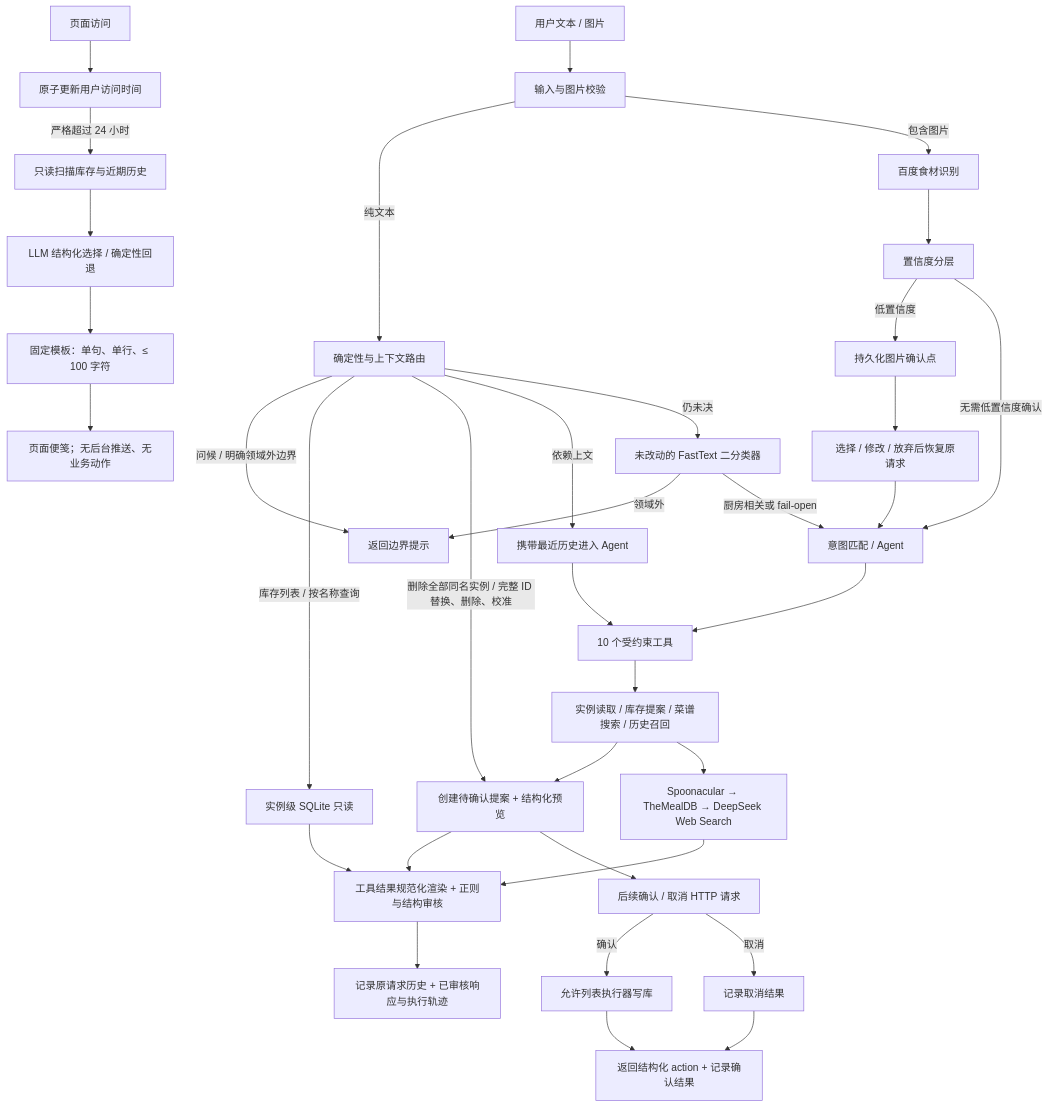
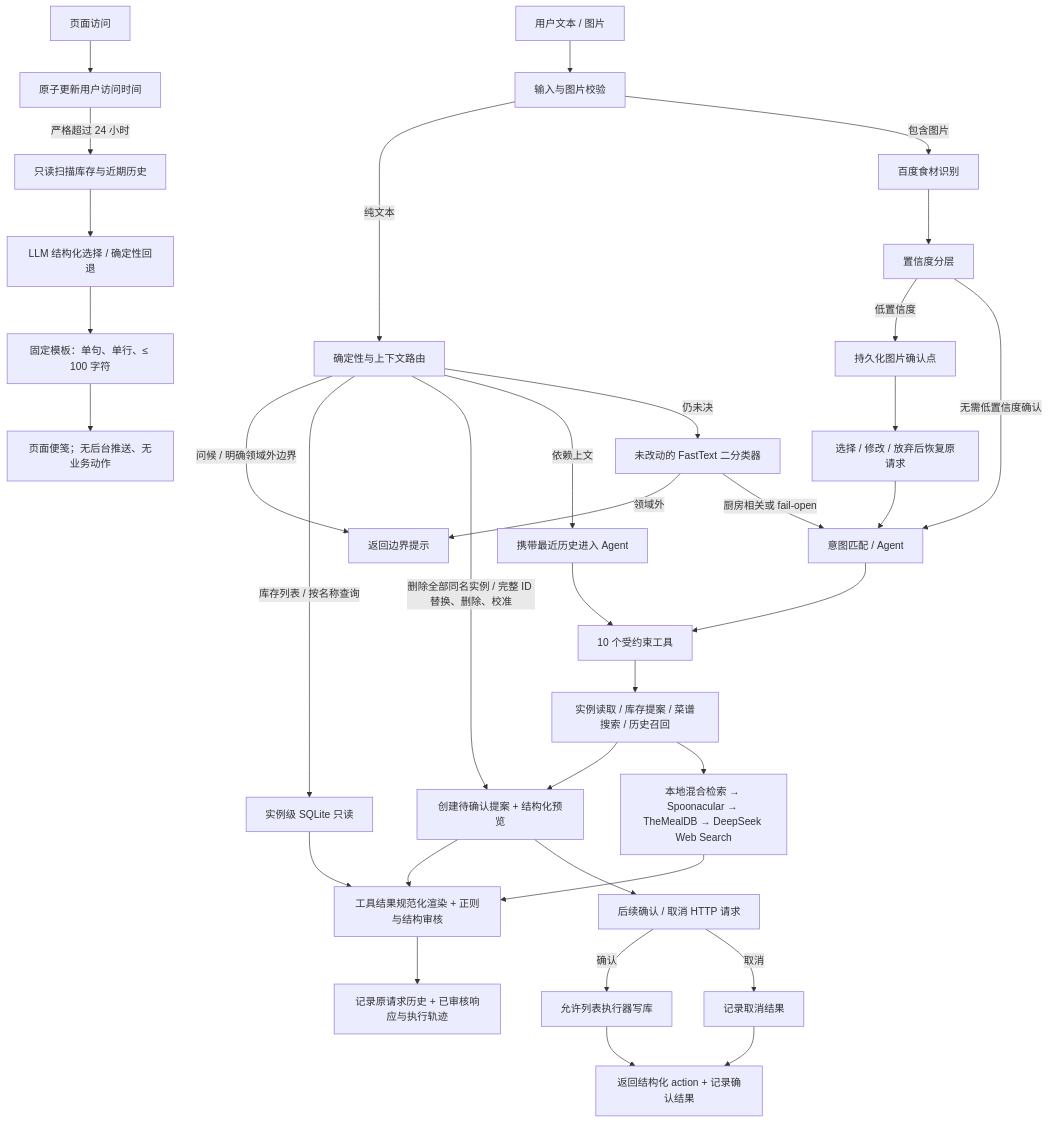
Before and after one commit to aicecould/kitchen_inventory_agent: the diagram in README.md, drawn with Mermaid. The commit also changed other lines of this file and 6 other files, not shown here.

````diff
--- a/README.md
+++ b/README.md
@@ -28,43 +28,43 @@
 ```mermaid
 flowchart TD
     A["用户文本 / 图片"] --> B["输入与图片校验"]
 
     B -->|纯文本| C["确定性与上下文路由"]
     C -->|问候 / 明确领域外边界| C1["返回边界提示"]
     C -->|库存列表 / 按名称查询| D["实例级 SQLite 只读"]
     C -->|删除全部同名实例 / 完整 ID 替换、删除、校准| E["创建待确认提案 + 结构化预览"]
     C -->|依赖上文| F["携带最近历史进入 Agent"]
     C -->|仍未决| G["未改动的 FastText 二分类器"]
     G -->|领域外| C1
     G -->|厨房相关或 fail-open| H["意图匹配 / Agent"]
 
     B -->|包含图片| I["百度食材识别"]
     I --> J["置信度分层"]
     J -->|低置信度| K["持久化图片确认点"]
     K --> L["选择 / 修改 / 放弃后恢复原请求"]
     J -->|无需低置信度确认| H
     L --> H
 
     F --> M["10 个受约束工具"]
     H --> M
     M --> N["实例读取 / 库存提案 / 菜谱搜索 / 历史召回"]
     N --> E
-    N --> O["Spoonacular → TheMealDB → DeepSeek Web Search"]
+    N --> O["本地混合检索 → Spoonacular → TheMealDB → DeepSeek Web Search"]
 
     D --> S["工具结果规范化渲染 + 正则与结构审核"]
     E --> S
     O --> S
     S --> T["记录原请求历史 + 已审核响应与执行轨迹"]
 
     E --> P["后续确认 / 取消 HTTP 请求"]
     P -->|确认| Q["允许列表执行器写库"]
     P -->|取消| R["记录取消结果"]
     Q --> T1["返回结构化 action + 记录确认结果"]
     R --> T1
 
     U["页面访问"] --> V["原子更新用户访问时间"]
     V -->|严格超过 24 小时| W["只读扫描库存与近期历史"]
     W --> X["LLM 结构化选择 / 确定性回退"]
     X --> Y["固定模板：单句、单行、≤ 100 字符"]
     Y --> Z["页面便笺；无后台推送、无业务动作"]
 ```
````
